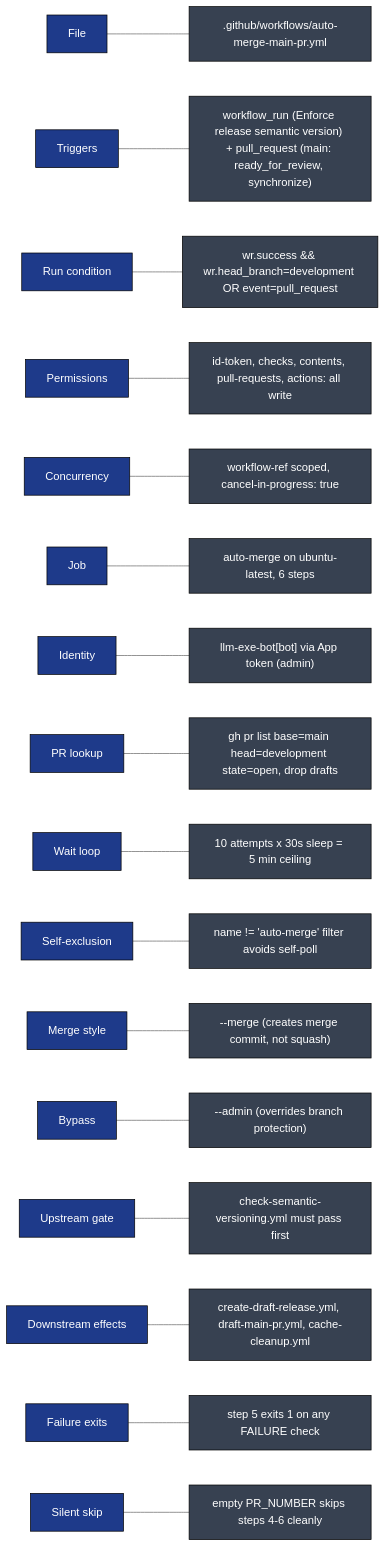
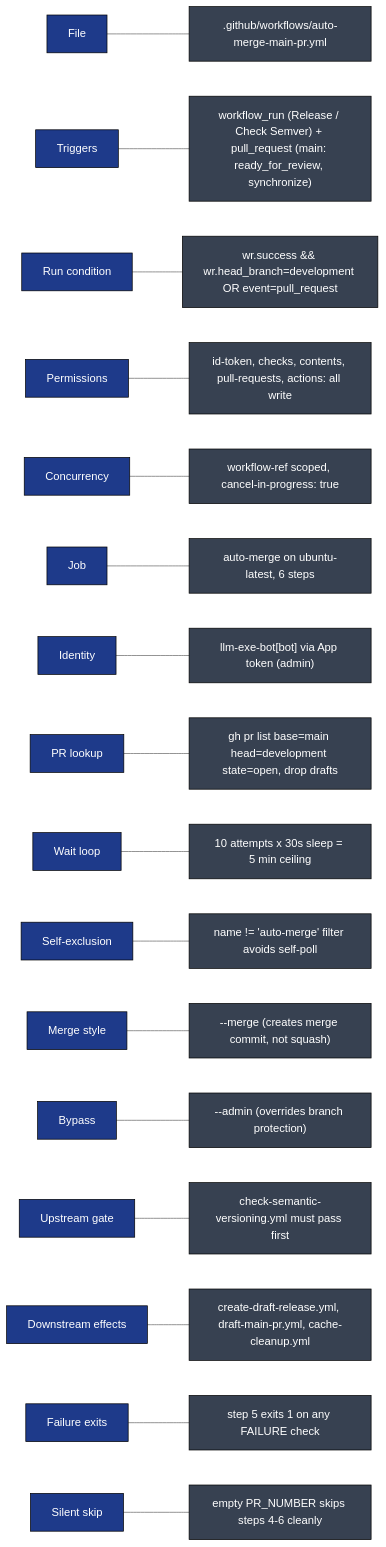
One commit to gregreindel/llm-exe changed diagram 13 of 13 in .github/docs/AUTO_MERGE_MAIN_PR_DEEP_DIVE.md. Above: the diagram before and after it, drawn with Mermaid (neutral theme). The commit also changed other lines of this file and 5 other files, not shown here.

````diff
--- a/.github/docs/AUTO_MERGE_MAIN_PR_DEEP_DIVE.md
+++ b/.github/docs/AUTO_MERGE_MAIN_PR_DEEP_DIVE.md
@@ -536,22 +536,22 @@
 ```mermaid
 flowchart LR
     classDef k fill:#1e3a8a,color:#fff,stroke:#000
     classDef v fill:#374151,color:#fff,stroke:#000
 
     K1["File"]:::k --- V1[".github/workflows/auto-merge-main-pr.yml"]:::v
-    K2["Triggers"]:::k --- V2["workflow_run (Enforce release semantic version) + pull_request (main: ready_for_review, synchronize)"]:::v
+    K2["Triggers"]:::k --- V2["workflow_run (Release / Check Semver) + pull_request (main: ready_for_review, synchronize)"]:::v
     K3["Run condition"]:::k --- V3["wr.success && wr.head_branch=development OR event=pull_request"]:::v
     K4["Permissions"]:::k --- V4["id-token, checks, contents, pull-requests, actions: all write"]:::v
     K5["Concurrency"]:::k --- V5["workflow-ref scoped, cancel-in-progress: true"]:::v
     K6["Job"]:::k --- V6["auto-merge on ubuntu-latest, 6 steps"]:::v
     K7["Identity"]:::k --- V7["llm-exe-bot[bot] via App token (admin)"]:::v
     K8["PR lookup"]:::k --- V8["gh pr list base=main head=development state=open, drop drafts"]:::v
     K9["Wait loop"]:::k --- V9["10 attempts x 30s sleep = 5 min ceiling"]:::v
     K10["Self-exclusion"]:::k --- V10["name != 'auto-merge' filter avoids self-poll"]:::v
     K11["Merge style"]:::k --- V11["--merge (creates merge commit, not squash)"]:::v
     K12["Bypass"]:::k --- V12["--admin (overrides branch protection)"]:::v
     K13["Upstream gate"]:::k --- V13["check-semantic-versioning.yml must pass first"]:::v
     K14["Downstream effects"]:::k --- V14["create-draft-release.yml, draft-main-pr.yml, cache-cleanup.yml"]:::v
     K15["Failure exits"]:::k --- V15["step 5 exits 1 on any FAILURE check"]:::v
     K16["Silent skip"]:::k --- V16["empty PR_NUMBER skips steps 4-6 cleanly"]:::v
 ```
````
